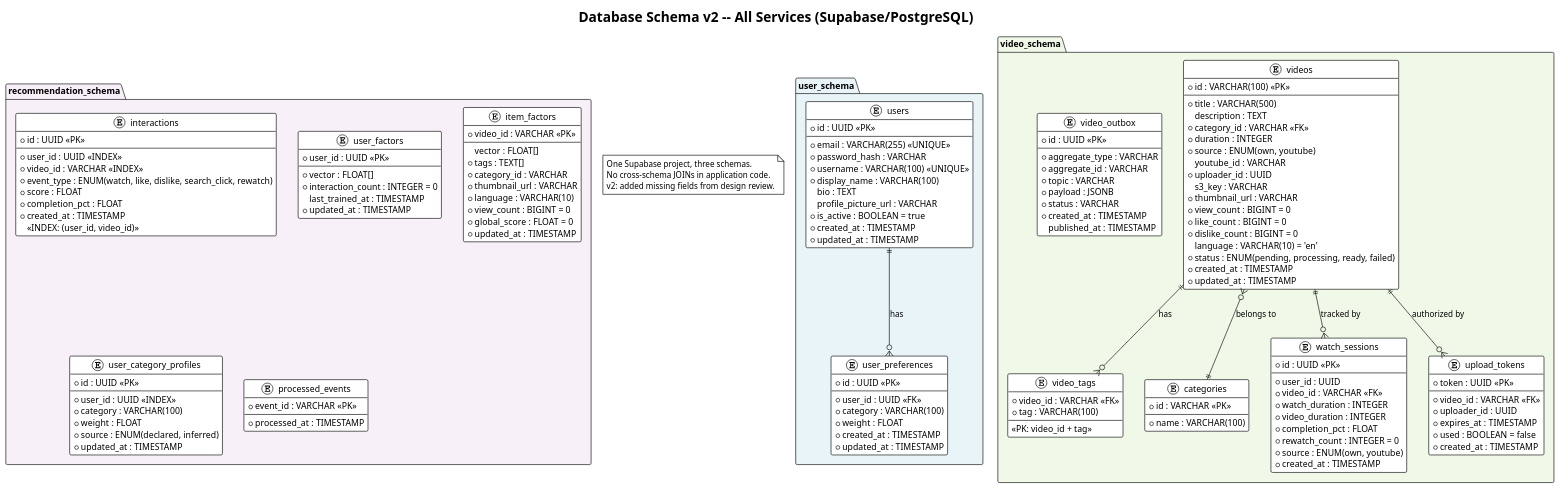
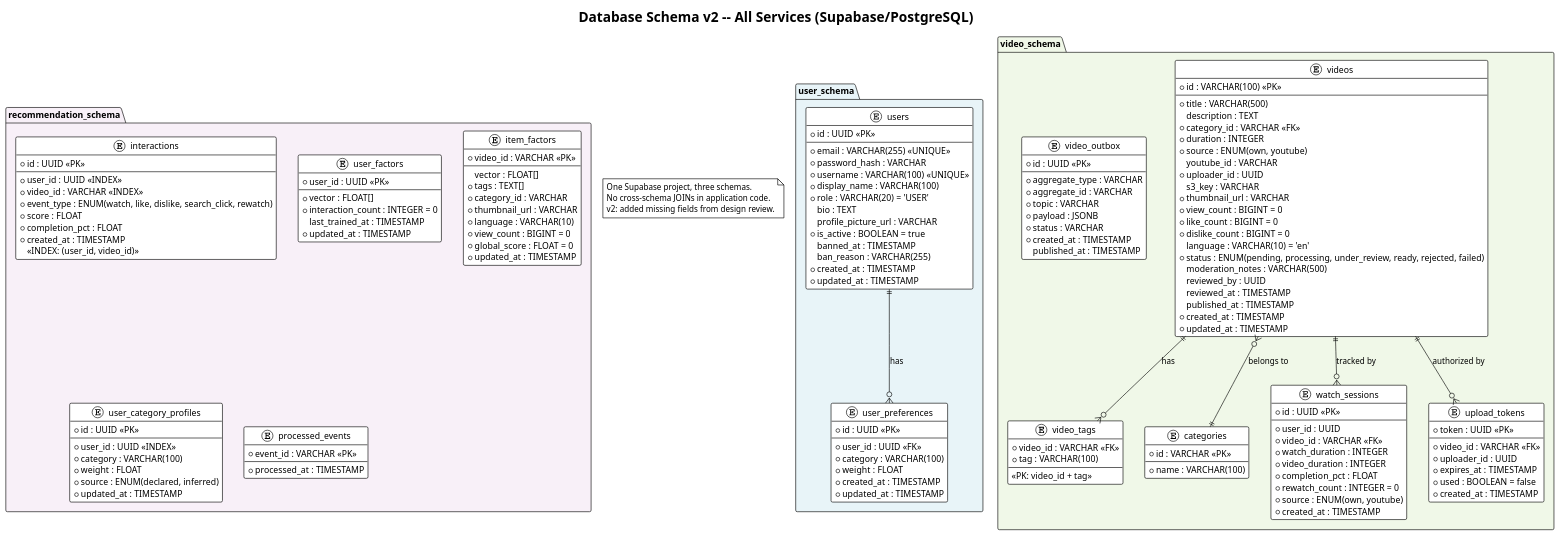
The diagram in uml/07_database_erd_v2.puml (AmnsAmr/recommendation_sys), drawn with PlantUML before and after one commit. The commit also changed 51 other files, not shown here.

Commit message:
added admin to uml diagrams and added admin endpoints to video-service and user-service

```diff
--- a/uml/07_database_erd_v2.puml
+++ b/uml/07_database_erd_v2.puml
@@ -1,170 +1,177 @@
 @startuml Database Schema -- ERD (v2)
 !theme plain
 skinparam backgroundColor #FFFFFF
 skinparam defaultFontName Arial
 
 title Database Schema v2 -- All Services (Supabase/PostgreSQL)
 
 note as N1
   One Supabase project, three schemas.
   No cross-schema JOINs in application code.
   v2: added missing fields from design review.
 end note
 
 package "user_schema" #E8F4F8 {
   entity "users" as users {
     * id : UUID <<PK>>
     --
     * email : VARCHAR(255) <<UNIQUE>>
     * password_hash : VARCHAR
     * username : VARCHAR(100) <<UNIQUE>>
     * display_name : VARCHAR(100)
+    * role : VARCHAR(20) = 'USER'
     bio : TEXT
     profile_picture_url : VARCHAR
     * is_active : BOOLEAN = true
+    banned_at : TIMESTAMP
+    ban_reason : VARCHAR(255)
     * created_at : TIMESTAMP
     * updated_at : TIMESTAMP
   }
 
   entity "user_preferences" as prefs {
     * id : UUID <<PK>>
     --
     * user_id : UUID <<FK>>
     * category : VARCHAR(100)
     * weight : FLOAT
     * created_at : TIMESTAMP
     * updated_at : TIMESTAMP
   }
 
   users ||--o{ prefs : has
 }
 
 package "video_schema" #F0F8E8 {
   entity "videos" as videos {
     * id : VARCHAR(100) <<PK>>
     --
     * title : VARCHAR(500)
     description : TEXT
     * category_id : VARCHAR <<FK>>
     * duration : INTEGER
     * source : ENUM(own, youtube)
     youtube_id : VARCHAR
     * uploader_id : UUID
     s3_key : VARCHAR
     * thumbnail_url : VARCHAR
     * view_count : BIGINT = 0
     * like_count : BIGINT = 0
     * dislike_count : BIGINT = 0
     language : VARCHAR(10) = 'en'
-    * status : ENUM(pending, processing, ready, failed)
+    * status : ENUM(pending, processing, under_review, ready, rejected, failed)
+    moderation_notes : VARCHAR(500)
+    reviewed_by : UUID
+    reviewed_at : TIMESTAMP
+    published_at : TIMESTAMP
     * created_at : TIMESTAMP
     * updated_at : TIMESTAMP
   }
 
   entity "video_tags" as tags {
     * video_id : VARCHAR <<FK>>
     * tag : VARCHAR(100)
     --
     <<PK: video_id + tag>>
   }
 
   entity "categories" as cats {
     * id : VARCHAR <<PK>>
     --
     * name : VARCHAR(100)
   }
 
   entity "watch_sessions" as sessions {
     * id : UUID <<PK>>
     --
     * user_id : UUID
     * video_id : VARCHAR <<FK>>
     * watch_duration : INTEGER
     * video_duration : INTEGER
     * completion_pct : FLOAT
     * rewatch_count : INTEGER = 0
     * source : ENUM(own, youtube)
     * created_at : TIMESTAMP
   }
 
   entity "upload_tokens" as tokens {
     * token : UUID <<PK>>
     --
     * video_id : VARCHAR <<FK>>
     * uploader_id : UUID
     * expires_at : TIMESTAMP
     * used : BOOLEAN = false
     * created_at : TIMESTAMP
   }
 
   entity "video_outbox" as outbox {
     * id : UUID <<PK>>
     --
     * aggregate_type : VARCHAR
     * aggregate_id : VARCHAR
     * topic : VARCHAR
     * payload : JSONB
     * status : VARCHAR
     * created_at : TIMESTAMP
     published_at : TIMESTAMP
   }
 
   videos ||--o{ tags : has
   videos }o--|| cats : belongs to
   videos ||--o{ sessions : tracked by
   videos ||--o{ tokens : authorized by
 }
 
 package "recommendation_schema" #F8F0F8 {
   entity "interactions" as interactions {
     * id : UUID <<PK>>
     --
     * user_id : UUID <<INDEX>>
     * video_id : VARCHAR <<INDEX>>
     * event_type : ENUM(watch, like, dislike, search_click, rewatch)
     * score : FLOAT
     * completion_pct : FLOAT
     * created_at : TIMESTAMP
     <<INDEX: (user_id, video_id)>>
   }
 
   entity "user_factors" as ufactors {
     * user_id : UUID <<PK>>
     --
     * vector : FLOAT[]
     * interaction_count : INTEGER = 0
     last_trained_at : TIMESTAMP
     * updated_at : TIMESTAMP
   }
 
   entity "item_factors" as ifactors {
     * video_id : VARCHAR <<PK>>
     --
     vector : FLOAT[]
     * tags : TEXT[]
     * category_id : VARCHAR
     * thumbnail_url : VARCHAR
     * language : VARCHAR(10)
     * view_count : BIGINT = 0
     * global_score : FLOAT = 0
     * updated_at : TIMESTAMP
   }
 
   entity "user_category_profiles" as catprofiles {
     * id : UUID <<PK>>
     --
     * user_id : UUID <<INDEX>>
     * category : VARCHAR(100)
     * weight : FLOAT
     * source : ENUM(declared, inferred)
     * updated_at : TIMESTAMP
   }
 
   entity "processed_events" as pevents {
     * event_id : VARCHAR <<PK>>
     --
     * processed_at : TIMESTAMP
   }
 }
 
 @enduml
```
